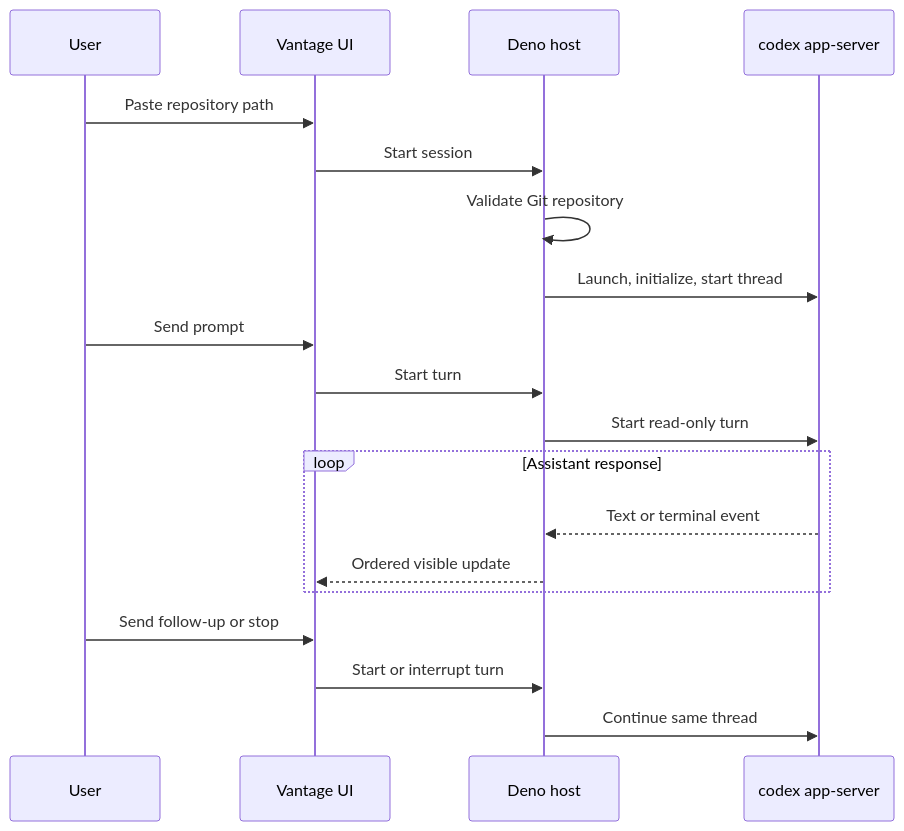
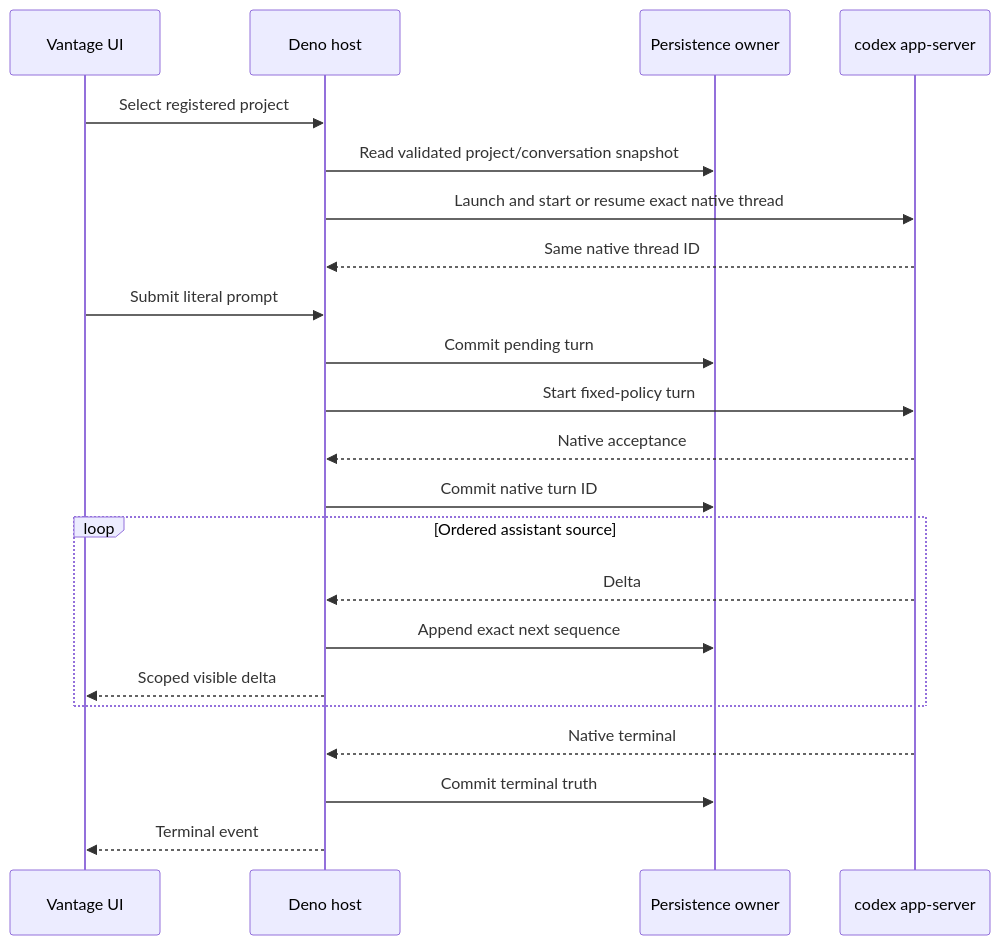
The second of 2 diagrams in docs/architecture/README.md (mabrax/vantage), drawn with Mermaid before and after one commit. The commit also changed other lines of this file and 15 other files, not shown here.

````diff
--- a/docs/architecture/README.md
+++ b/docs/architecture/README.md
@@ -111,22 +137,25 @@
 ```mermaid
 sequenceDiagram
-    participant User
     participant UI as Vantage UI
     participant Host as Deno host
+    participant Store as Persistence owner
     participant Codex as codex app-server
 
-    User->>UI: Paste repository path
-    UI->>Host: Start session
-    Host->>Host: Validate Git repository
-    Host->>Codex: Launch, initialize, start thread
-    User->>UI: Send prompt
-    UI->>Host: Start turn
-    Host->>Codex: Start read-only turn
-    loop Assistant response
-        Codex-->>Host: Text or terminal event
-        Host-->>UI: Ordered visible update
+    UI->>Host: Select registered project
+    Host->>Store: Read validated project/conversation snapshot
+    Host->>Codex: Launch and start or resume exact native thread
+    Codex-->>Host: Same native thread ID
+    UI->>Host: Submit literal prompt
+    Host->>Store: Commit pending turn
+    Host->>Codex: Start fixed-policy turn
+    Codex-->>Host: Native acceptance
+    Host->>Store: Commit native turn ID
+    loop Ordered assistant source
+        Codex-->>Host: Delta
+        Host->>Store: Append exact next sequence
+        Host-->>UI: Scoped visible delta
     end
-    User->>UI: Send follow-up or stop
-    UI->>Host: Start or interrupt turn
-    Host->>Codex: Continue same thread
+    Codex-->>Host: Native terminal
+    Host->>Store: Commit terminal truth
+    Host-->>UI: Terminal event
 ```
````
